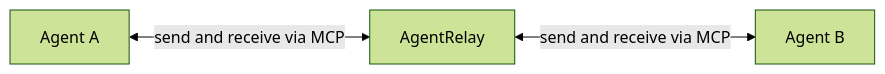
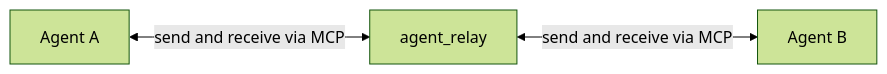
One commit to harinaralasetty/agent_relay changed the first of 2 diagrams in README.md. Above: the diagram before and after it, drawn with Mermaid (forest theme). The commit also changed other lines of this file and 31 other files, not shown here.

Commit message:
Rename repository and public interfaces to agent_relay

````diff
--- a/README.md
+++ b/README.md
@@ -48,5 +48,5 @@
 ```mermaid
 flowchart LR
-    A["Agent A"] <-->|send and receive via MCP| R["AgentRelay"]
+    A["Agent A"] <-->|send and receive via MCP| R["agent_relay"]
     R <-->|send and receive via MCP| B["Agent B"]
 ```
````
